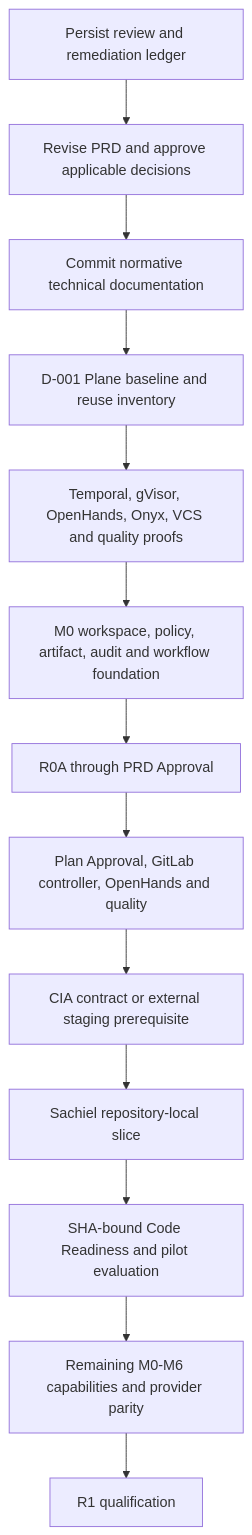
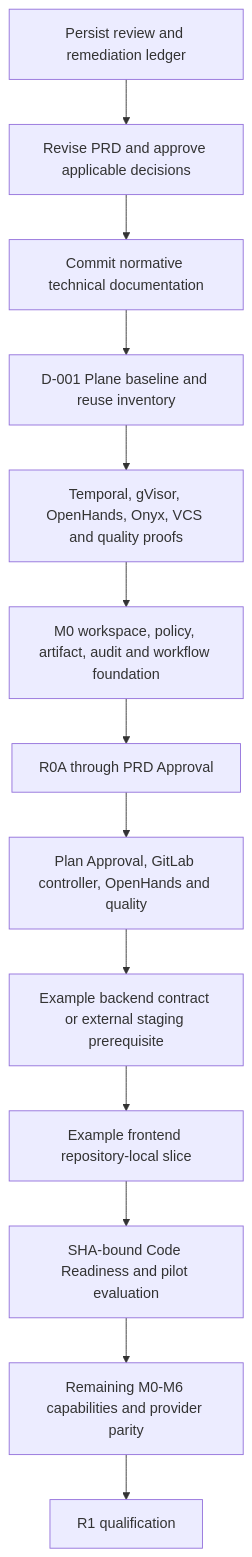
One commit to faocampo/curve changed the diagram in docs/technical/review-analysis-and-remediation.md. Above: the diagram before and after it, drawn with Mermaid. The commit also changed other lines of this file and 266 other files, not shown here.

````diff
--- a/docs/technical/review-analysis-and-remediation.md
+++ b/docs/technical/review-analysis-and-remediation.md
@@ -111,15 +115,15 @@
 ```mermaid
 flowchart TD
     review["Persist review and remediation ledger"] --> decisions["Revise PRD and approve applicable decisions"]
     decisions --> docs["Commit normative technical documentation"]
     docs --> foundation["D-001 Plane baseline and reuse inventory"]
     foundation --> spikes["Temporal, gVisor, OpenHands, Onyx, VCS and quality proofs"]
     spikes --> m0["M0 workspace, policy, artifact, audit and workflow foundation"]
     m0 --> r0a["R0A through PRD Approval"]
     r0a --> delivery["Plan Approval, GitLab controller, OpenHands and quality"]
-    delivery --> cia["CIA contract or external staging prerequisite"]
-    cia --> sachiel["Sachiel repository-local slice"]
-    sachiel --> gate3["SHA-bound Code Readiness and pilot evaluation"]
+    delivery --> cia["Example backend contract or external staging prerequisite"]
+    cia --> example-frontend["Example frontend repository-local slice"]
+    example-frontend --> gate3["SHA-bound Code Readiness and pilot evaluation"]
     gate3 --> remaining["Remaining M0-M6 capabilities and provider parity"]
     remaining --> r1["R1 qualification"]
 ```
````
